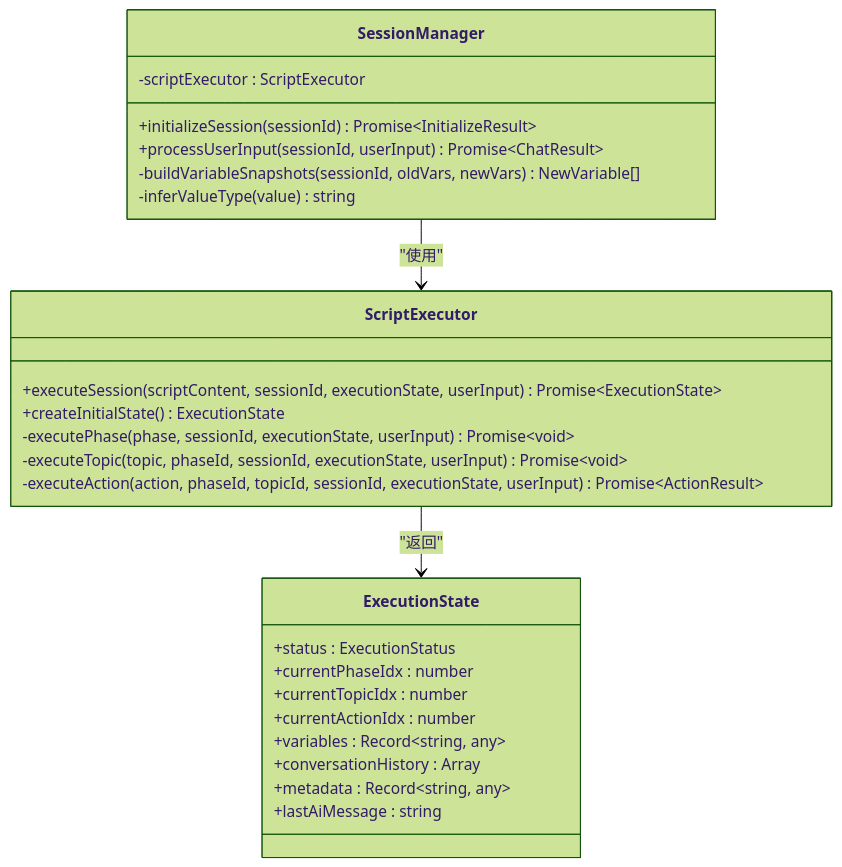
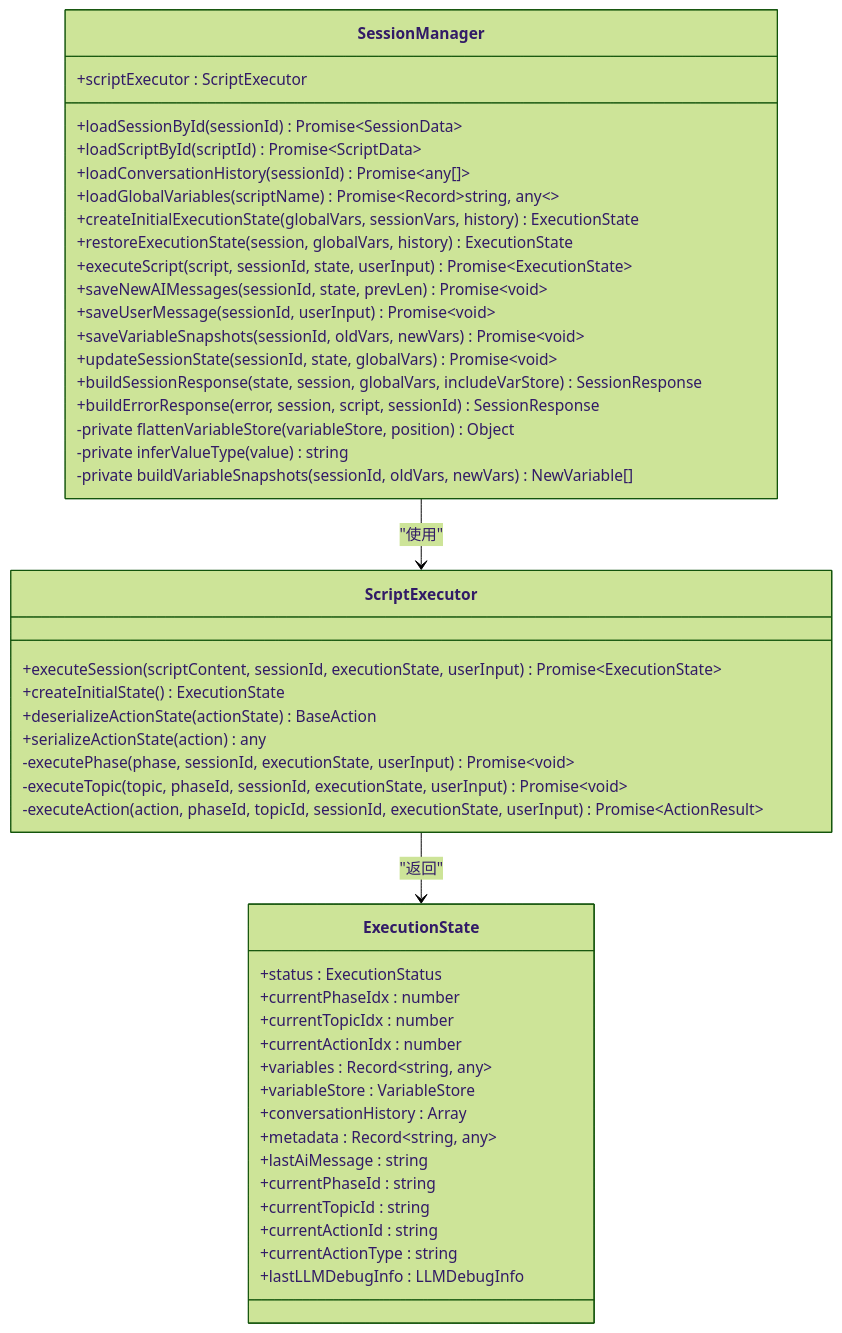
The second of 9 diagrams in .qoder/repowiki/zh/content/API接口文档/会话管理API.md (EverettCamus/HeartRule-Qoder), drawn with Mermaid (forest theme) before and after one commit. The commit also changed other lines of this file and 31 other files, not shown here.

````diff
--- a/.qoder/repowiki/zh/content/API接口文档/会话管理API.md
+++ b/.qoder/repowiki/zh/content/API接口文档/会话管理API.md
@@ -87,29 +99,49 @@
 ```mermaid
 classDiagram
 class SessionManager {
--scriptExecutor : ScriptExecutor
-+initializeSession(sessionId) Promise~InitializeResult~
-+processUserInput(sessionId, userInput) Promise~ChatResult~
--buildVariableSnapshots(sessionId, oldVars, newVars) NewVariable[]
--inferValueType(value) string
++scriptExecutor : ScriptExecutor
++loadSessionById(sessionId) Promise~SessionData~
++loadScriptById(scriptId) Promise~ScriptData~
++loadConversationHistory(sessionId) Promise~any[]~
++loadGlobalVariables(scriptName) Promise~Record~string, any~~
++createInitialExecutionState(globalVars, sessionVars, history) ExecutionState
++restoreExecutionState(session, globalVars, history) ExecutionState
++executeScript(script, sessionId, state, userInput) Promise~ExecutionState~
++saveNewAIMessages(sessionId, state, prevLen) Promise~void~
++saveUserMessage(sessionId, userInput) Promise~void~
++saveVariableSnapshots(sessionId, oldVars, newVars) Promise~void~
++updateSessionState(sessionId, state, globalVars) Promise~void~
++buildSessionResponse(state, session, globalVars, includeVarStore) SessionResponse
++buildErrorResponse(error, session, script, sessionId) SessionResponse
+-private flattenVariableStore(variableStore, position) Object
+-private inferValueType(value) string
+-private buildVariableSnapshots(sessionId, oldVars, newVars) NewVariable[]
 }
 class ScriptExecutor {
 +executeSession(scriptContent, sessionId, executionState, userInput) Promise~ExecutionState~
 +createInitialState() ExecutionState
++deserializeActionState(actionState) BaseAction
++serializeActionState(action) any
 -executePhase(phase, sessionId, executionState, userInput) Promise~void~
 -executeTopic(topic, phaseId, sessionId, executionState, userInput) Promise~void~
 -executeAction(action, phaseId, topicId, sessionId, executionState, userInput) Promise~ActionResult~
 }
 class ExecutionState {
 +status : ExecutionStatus
 +currentPhaseIdx : number
 +currentTopicIdx : number
 +currentActionIdx : number
 +variables : Record~string, any~
++variableStore : VariableStore
 +conversationHistory : Array
 +metadata : Record~string, any~
 +lastAiMessage : string
++currentPhaseId : string
++currentTopicId : string
++currentActionId : string
++currentActionType : string
++lastLLMDebugInfo : LLMDebugInfo
 }
 SessionManager --> ScriptExecutor : "使用"
 ScriptExecutor --> ExecutionState : "返回"
 ```
````
